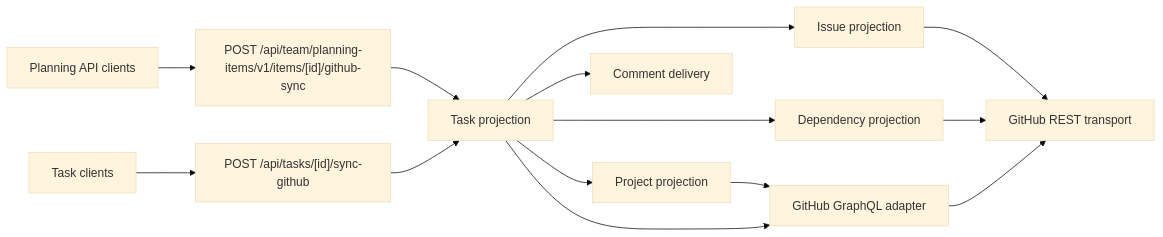
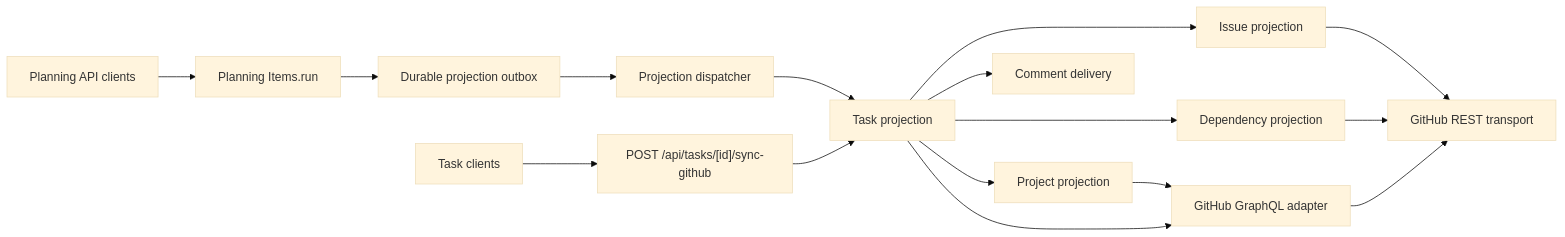
The diagram in docs/github-sync-architecture.md (findmydoc-platform/founder-scoreboard-v2), drawn with Mermaid (base theme) before and after one commit. The commit also changed other lines of this file and 19 other files, not shown here.

Commit message:
feat: make planning GitHub projection durable

````diff
--- a/docs/github-sync-architecture.md
+++ b/docs/github-sync-architecture.md
@@ -7,16 +7,18 @@
 ```mermaid
 flowchart LR
 Client["Task clients"] --> Route["POST /api/tasks/[id]/sync-github"]
-Planning["Planning API clients"] --> PlanningRoute["POST /api/team/planning-items/v1/items/[id]/github-sync"]
-PlanningRoute --> Task
+Planning["Planning API clients"] --> PlanningRoute["Planning Items.run"]
+PlanningRoute --> Queue["Durable projection outbox"]
+Queue --> Dispatcher["Projection dispatcher"]
+Dispatcher --> Task
 Route --> Task["Task projection"]
   Task --> Issue["Issue projection"]
   Task --> Dependency["Dependency projection"]
   Task --> Project["Project projection"]
   Task --> Comments["Comment delivery"]
   Issue --> Rest["GitHub REST transport"]
   Dependency --> Rest
   Project --> GraphQL["GitHub GraphQL adapter"]
   Task --> GraphQL
   GraphQL --> Rest
 ```
````
